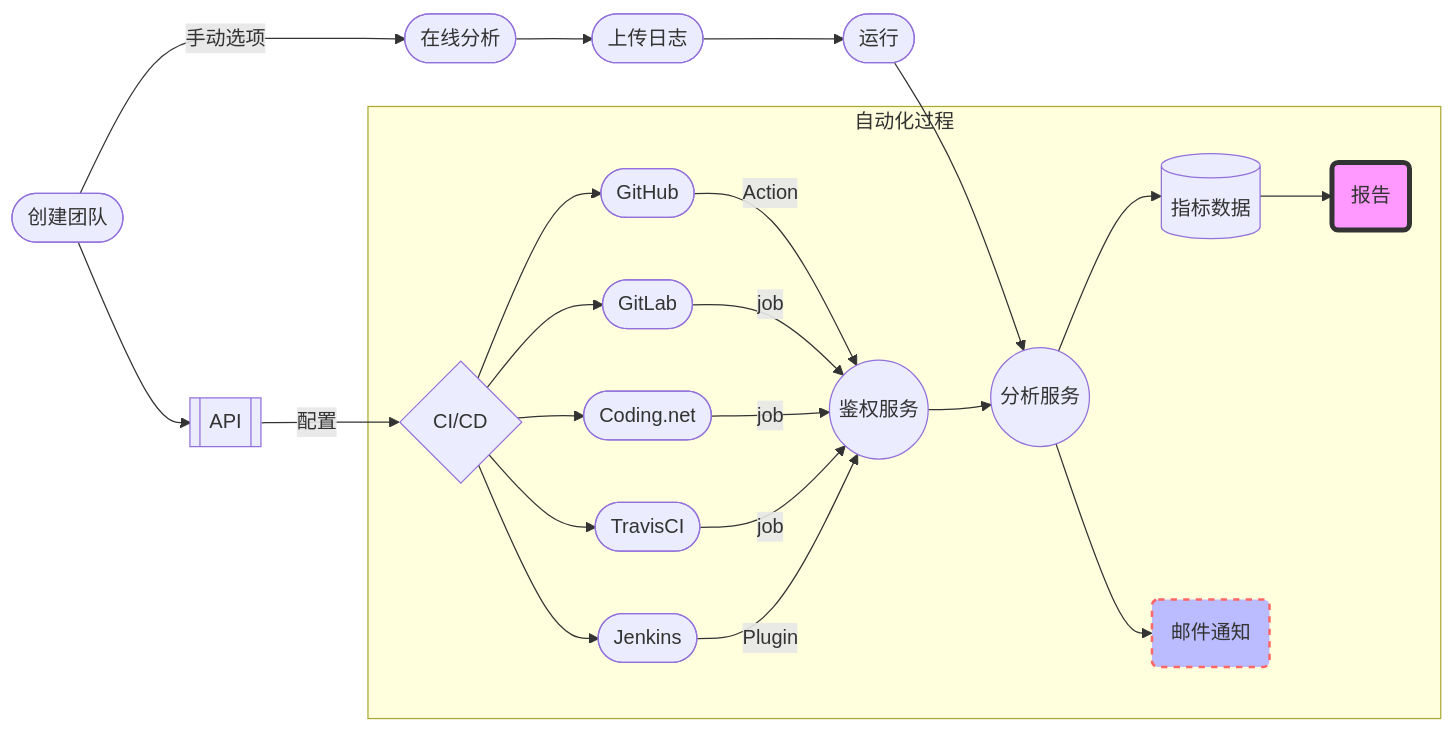
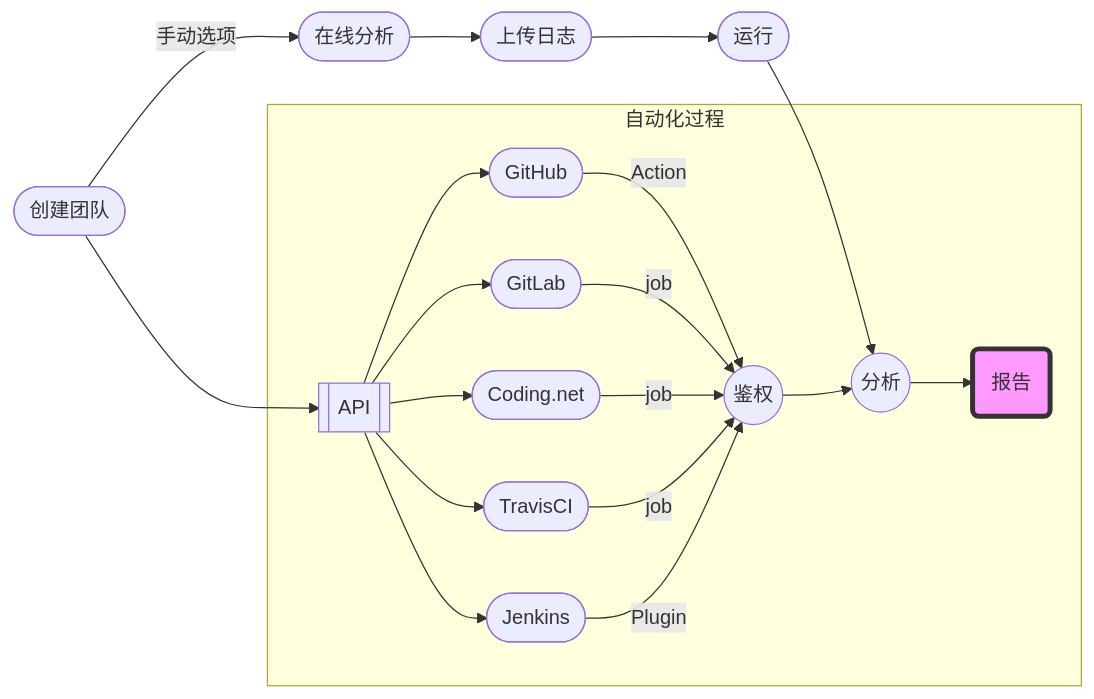
The diagram in guide.md (FieldTech/xdocs), drawn with Mermaid before and after one commit. The commit also changed other lines of this file and 3 other files, not shown here.

````diff
--- a/guide.md
+++ b/guide.md
@@ -11,27 +9,23 @@
 ```mermaid
 graph LR
     team([创建团队]) --> API[[API]]
     team --手动选项--> online([在线分析])
     online --> upload([上传日志])
     upload --> run([运行])
     run --> analysis
-    API --配置--> tools{CI/CD}
     subgraph 自动化过程
-        tools --> GitHub([GitHub])
-        tools --> GitLab([GitLab])
-        tools --> Coding([Coding.net])
-        tools --> Travis([TravisCI])
-        tools --> Jenkins([Jenkins])
-        GitHub --Action--> auth((鉴权服务))
+        API --> GitHub([GitHub])
+        API --> GitLab([GitLab])
+        API --> Coding([Coding.net])
+        API --> Travis([TravisCI])
+        API --> Jenkins([Jenkins])
+        GitHub --Action--> auth((鉴权))
         GitLab --job--> auth
         Coding --job--> auth
         Travis --job--> auth
         Jenkins --Plugin--> auth
-        auth --> analysis((分析服务))
-        analysis --> data[(指标数据)]
-        analysis --> notice(邮件通知)
-        data --> reports(报告)
+        auth --> analysis((分析))
+        analysis --> reports(报告)
         style reports fill:#f9f,stroke:#333,stroke-width:4px
-        style notice fill:#bbf,stroke:#f66,stroke-width:2px,stroke-dasharray: 5, 5
     end
 ```
````
